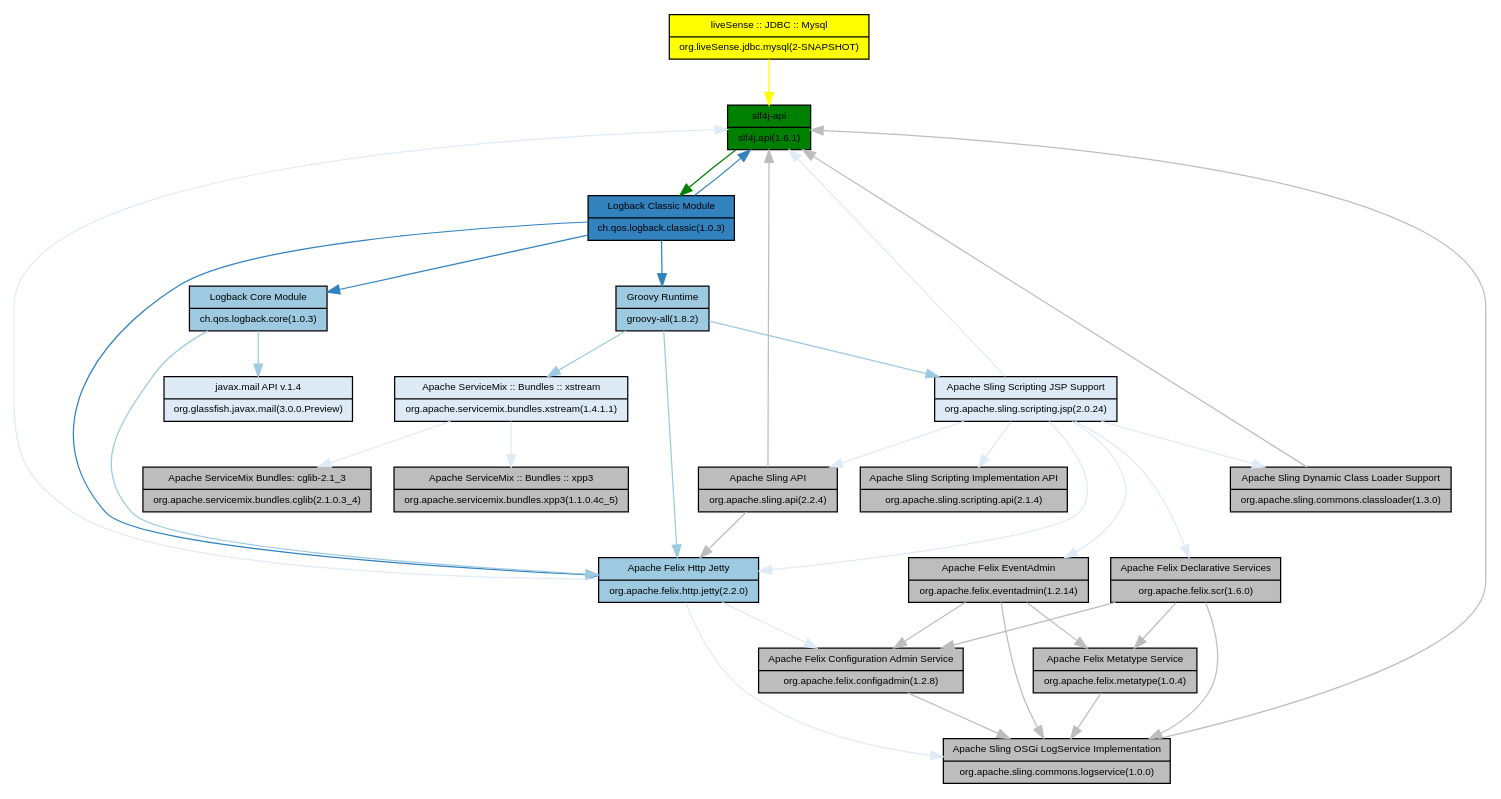
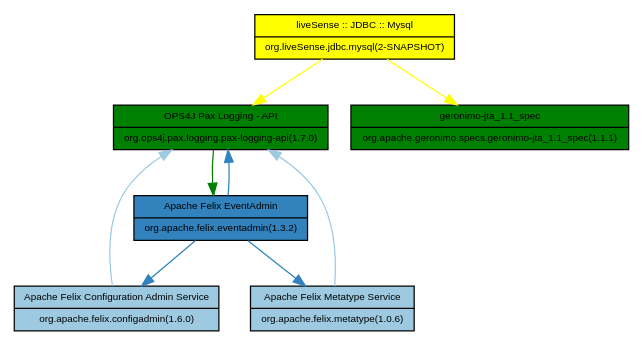
Before and after one commit to liveSense/org.liveSense.jdbc.mysql: the diagram in osgidependencies.dot, drawn with Graphviz. The commit also changed 4 other files, not shown here.

```diff
--- a/osgidependencies.dot
+++ b/osgidependencies.dot
@@ -1,56 +1,16 @@
 digraph {
 	node[shape=record, fontname="Arial", fontsize=8]node [style=filled, fillcolor=yellow, label= "{liveSense :: JDBC :: Mysql | org.liveSense.jdbc.mysql(2-SNAPSHOT)}"] org_liveSense_jdbc_mysql;
-node [style=filled, fillcolor=green, label= "{slf4j-api | slf4j.api(1.6.1)}"] slf4j_api;
-node [style=filled, fillcolor="/blues3/3", label= "{Logback Classic Module | ch.qos.logback.classic(1.0.3)}"] ch_qos_logback_classic;
-node [style=filled, fillcolor="/blues3/2", label= "{Logback Core Module | ch.qos.logback.core(1.0.3)}"] ch_qos_logback_core;
-node [style=filled, fillcolor="/blues3/2", label= "{Apache Felix Http Jetty | org.apache.felix.http.jetty(2.2.0)}"] org_apache_felix_http_jetty;
-node [style=filled, fillcolor="/blues3/2", label= "{Groovy Runtime | groovy-all(1.8.2)}"] groovy_all;
-node [style=filled, fillcolor="/blues3/1", label= "{javax.mail API v.1.4 | org.glassfish.javax.mail(3.0.0.Preview)}"] org_glassfish_javax_mail;
-node [style=filled, fillcolor="/blues3/1", label= "{Apache ServiceMix :: Bundles :: xstream | org.apache.servicemix.bundles.xstream(1.4.1.1)}"] org_apache_servicemix_bundles_xstream;
-node [style=filled, fillcolor="/blues3/1", label= "{Apache Sling Scripting JSP Support | org.apache.sling.scripting.jsp(2.0.24)}"] org_apache_sling_scripting_jsp;
-node [style=filled, fillcolor="/greys3/2", label= "{Apache Sling OSGi LogService Implementation | org.apache.sling.commons.logservice(1.0.0)}"] org_apache_sling_commons_logservice;
-node [style=filled, fillcolor="/greys3/2", label= "{Apache Felix Configuration Admin Service | org.apache.felix.configadmin(1.2.8)}"] org_apache_felix_configadmin;
-node [style=filled, fillcolor="/greys3/2", label= "{Apache ServiceMix :: Bundles :: xpp3 | org.apache.servicemix.bundles.xpp3(1.1.0.4c_5)}"] org_apache_servicemix_bundles_xpp3;
-node [style=filled, fillcolor="/greys3/2", label= "{Apache ServiceMix Bundles: cglib-2.1_3 | org.apache.servicemix.bundles.cglib(2.1.0.3_4)}"] org_apache_servicemix_bundles_cglib;
-node [style=filled, fillcolor="/greys3/2", label= "{Apache Felix Declarative Services | org.apache.felix.scr(1.6.0)}"] org_apache_felix_scr;
-node [style=filled, fillcolor="/greys3/2", label= "{Apache Sling API | org.apache.sling.api(2.2.4)}"] org_apache_sling_api;
-node [style=filled, fillcolor="/greys3/2", label= "{Apache Sling Dynamic Class Loader Support | org.apache.sling.commons.classloader(1.3.0)}"] org_apache_sling_commons_classloader;
-node [style=filled, fillcolor="/greys3/2", label= "{Apache Sling Scripting Implementation API | org.apache.sling.scripting.api(2.1.4)}"] org_apache_sling_scripting_api;
-node [style=filled, fillcolor="/greys3/2", label= "{Apache Felix EventAdmin | org.apache.felix.eventadmin(1.2.14)}"] org_apache_felix_eventadmin;
-node [style=filled, fillcolor="/greys3/2", label= "{Apache Felix Metatype Service | org.apache.felix.metatype(1.0.4)}"] org_apache_felix_metatype;
-org_liveSense_jdbc_mysql -> slf4j_api [color=yellow];
-slf4j_api -> ch_qos_logback_classic [color=green];
-ch_qos_logback_classic -> ch_qos_logback_core [color="/blues3/3"];
-ch_qos_logback_classic -> org_apache_felix_http_jetty [color="/blues3/3"];
-ch_qos_logback_classic -> slf4j_api [color="/blues3/3"];
-ch_qos_logback_classic -> groovy_all [color="/blues3/3"];
-ch_qos_logback_core -> org_glassfish_javax_mail [color="/blues3/2"];
-ch_qos_logback_core -> org_apache_felix_http_jetty [color="/blues3/2"];
-groovy_all -> org_apache_servicemix_bundles_xstream [color="/blues3/2"];
-groovy_all -> org_apache_felix_http_jetty [color="/blues3/2"];
-groovy_all -> org_apache_sling_scripting_jsp [color="/blues3/2"];
-org_apache_felix_http_jetty -> org_apache_sling_commons_logservice [color="/blues3/1"];
-org_apache_felix_http_jetty -> slf4j_api [color="/blues3/1"];
-org_apache_felix_http_jetty -> org_apache_felix_configadmin [color="/blues3/1"];
-org_apache_servicemix_bundles_xstream -> org_apache_servicemix_bundles_xpp3 [color="/blues3/1"];
-org_apache_servicemix_bundles_xstream -> org_apache_servicemix_bundles_cglib [color="/blues3/1"];
-org_apache_sling_scripting_jsp -> org_apache_felix_scr [color="/blues3/1"];
-org_apache_sling_scripting_jsp -> org_apache_sling_api [color="/blues3/1"];
-org_apache_sling_scripting_jsp -> org_apache_sling_commons_classloader [color="/blues3/1"];
-org_apache_sling_scripting_jsp -> org_apache_felix_http_jetty [color="/blues3/1"];
-org_apache_sling_scripting_jsp -> org_apache_sling_scripting_api [color="/blues3/1"];
-org_apache_sling_scripting_jsp -> slf4j_api [color="/blues3/1"];
-org_apache_sling_scripting_jsp -> org_apache_felix_eventadmin [color="/blues3/1"];
-org_apache_sling_commons_logservice -> slf4j_api [color="/greys3/2"];
-org_apache_felix_configadmin -> org_apache_sling_commons_logservice [color="/greys3/2"];
-org_apache_felix_scr -> org_apache_felix_metatype [color="/greys3/2"];
-org_apache_felix_scr -> org_apache_sling_commons_logservice [color="/greys3/2"];
-org_apache_felix_scr -> org_apache_felix_configadmin [color="/greys3/2"];
-org_apache_sling_api -> org_apache_felix_http_jetty [color="/greys3/2"];
-org_apache_sling_api -> slf4j_api [color="/greys3/2"];
-org_apache_sling_commons_classloader -> slf4j_api [color="/greys3/2"];
-org_apache_felix_eventadmin -> org_apache_felix_metatype [color="/greys3/2"];
-org_apache_felix_eventadmin -> org_apache_sling_commons_logservice [color="/greys3/2"];
-org_apache_felix_eventadmin -> org_apache_felix_configadmin [color="/greys3/2"];
-org_apache_felix_metatype -> org_apache_sling_commons_logservice [color="/greys3/2"];
-{rank=same;slf4j_api;};}
+node [style=filled, fillcolor=green, label= "{OPS4J Pax Logging - API | org.ops4j.pax.logging.pax-logging-api(1.7.0)}"] org_ops4j_pax_logging_pax_logging_api;
+node [style=filled, fillcolor=green, label= "{geronimo-jta_1.1_spec | org.apache.geronimo.specs.geronimo-jta_1.1_spec(1.1.1)}"] org_apache_geronimo_specs_geronimo_jta_1_1_spec;
+node [style=filled, fillcolor="/blues3/3", label= "{Apache Felix EventAdmin | org.apache.felix.eventadmin(1.3.2)}"] org_apache_felix_eventadmin;
+node [style=filled, fillcolor="/blues3/2", label= "{Apache Felix Configuration Admin Service | org.apache.felix.configadmin(1.6.0)}"] org_apache_felix_configadmin;
+node [style=filled, fillcolor="/blues3/2", label= "{Apache Felix Metatype Service | org.apache.felix.metatype(1.0.6)}"] org_apache_felix_metatype;
+org_liveSense_jdbc_mysql -> org_ops4j_pax_logging_pax_logging_api [color=yellow];
+org_liveSense_jdbc_mysql -> org_apache_geronimo_specs_geronimo_jta_1_1_spec [color=yellow];
+org_ops4j_pax_logging_pax_logging_api -> org_apache_felix_eventadmin [color=green];
+org_apache_felix_eventadmin -> org_ops4j_pax_logging_pax_logging_api [color="/blues3/3"];
+org_apache_felix_eventadmin -> org_apache_felix_configadmin [color="/blues3/3"];
+org_apache_felix_eventadmin -> org_apache_felix_metatype [color="/blues3/3"];
+org_apache_felix_configadmin -> org_ops4j_pax_logging_pax_logging_api [color="/blues3/2"];
+org_apache_felix_metatype -> org_ops4j_pax_logging_pax_logging_api [color="/blues3/2"];
+{rank=same;org_ops4j_pax_logging_pax_logging_api;org_apache_geronimo_specs_geronimo_jta_1_1_spec;};}
```
